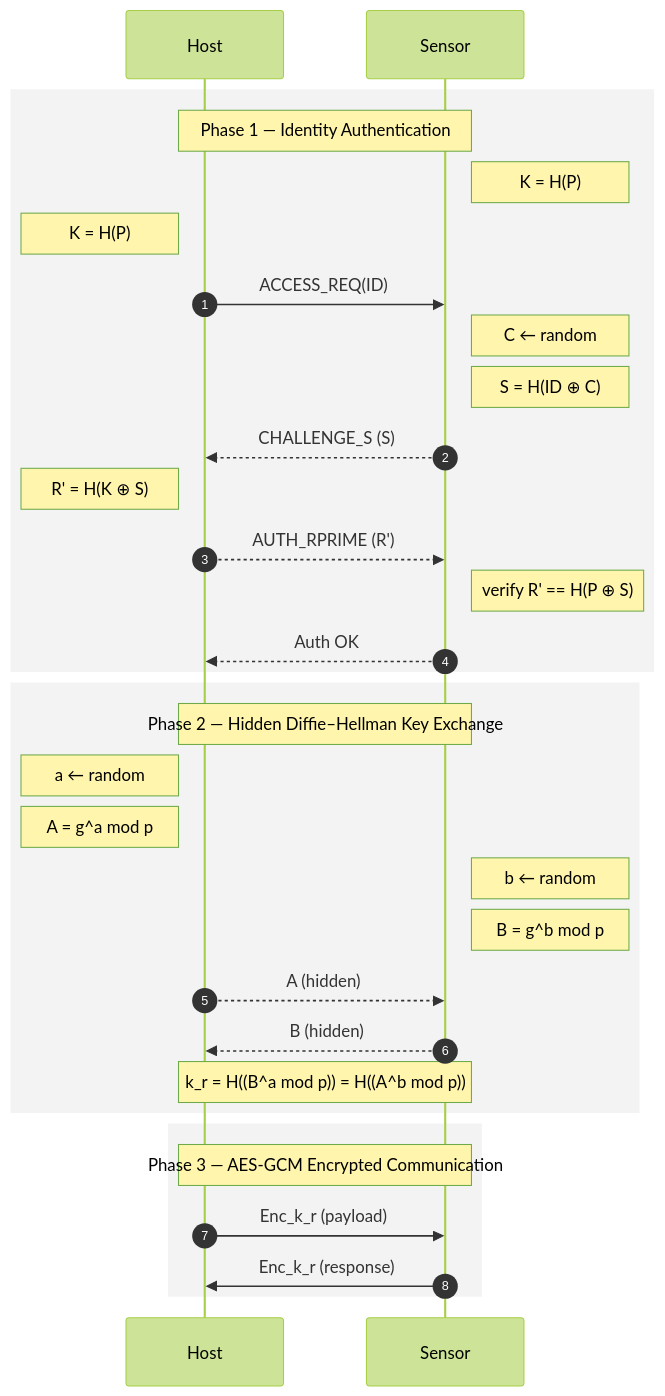
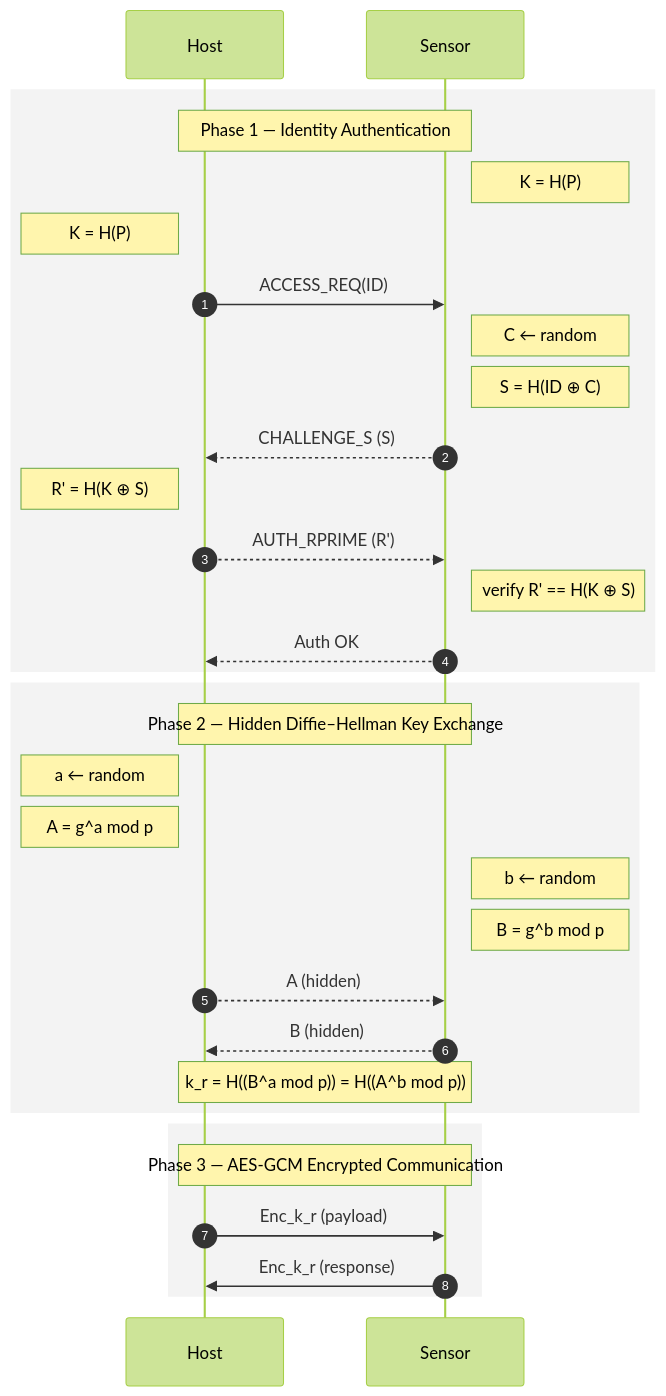
Before and after one commit to TracerWWW/iodraw-files: the diagram in all/kr.md, drawn with Mermaid (forest theme).

Commit message:
2026-02-06 00:36:01 update

````diff
--- a/all/kr.md
+++ b/all/kr.md
@@ -1,60 +1,60 @@
 ```mermaid
 sequenceDiagram
     autonumber
     participant Host
     participant Sensor
 
     %% =========================
     %% Phase 1: Identity Authentication
     %% =========================
     rect rgba(220,220,220,0.35)
     Note over Host,Sensor: Phase 1 — Identity Authentication
 
     Note right of Sensor: K = H(P)
     Note left of Host: K = H(P)
 
     Host->>Sensor: ACCESS_REQ(ID)
 
     Note right of Sensor: C ← random
     Note right of Sensor: S = H(ID ⊕ C)
 
     Sensor-->>Host: CHALLENGE_S (S)
 
     Note left of Host: R' = H(K ⊕ S)
 
     Host-->>Sensor: AUTH_RPRIME (R')
 
-    Note right of Sensor: verify R' == H(P ⊕ S)
+    Note right of Sensor: verify R' == H(K ⊕ S)
 
     Sensor-->>Host: Auth OK
     end
 
     %% =========================
     %% Phase 2: Hidden Diffie–Hellman
     %% =========================
     rect rgba(220,220,220,0.35)
     Note over Host,Sensor: Phase 2 — Hidden Diffie–Hellman Key Exchange
 
     Note left of Host: a ← random
     Note left of Host: A = g^a mod p
 
     Note right of Sensor: b ← random
     Note right of Sensor: B = g^b mod p
 
     Host-->>Sensor: A (hidden)
     Sensor-->>Host: B (hidden)
 
     Note over Host,Sensor: k_r = H((B^a mod p)) = H((A^b mod p))
     end
 
     %% =========================
     %% Phase 3: Encrypted Communication
     %% =========================
     rect rgba(220,220,220,0.35)
     Note over Host,Sensor: Phase 3 — AES-GCM Encrypted Communication
 
     Host->>Sensor: Enc_k_r (payload)
     Sensor->>Host: Enc_k_r (response)
     end
 
 ```
````
